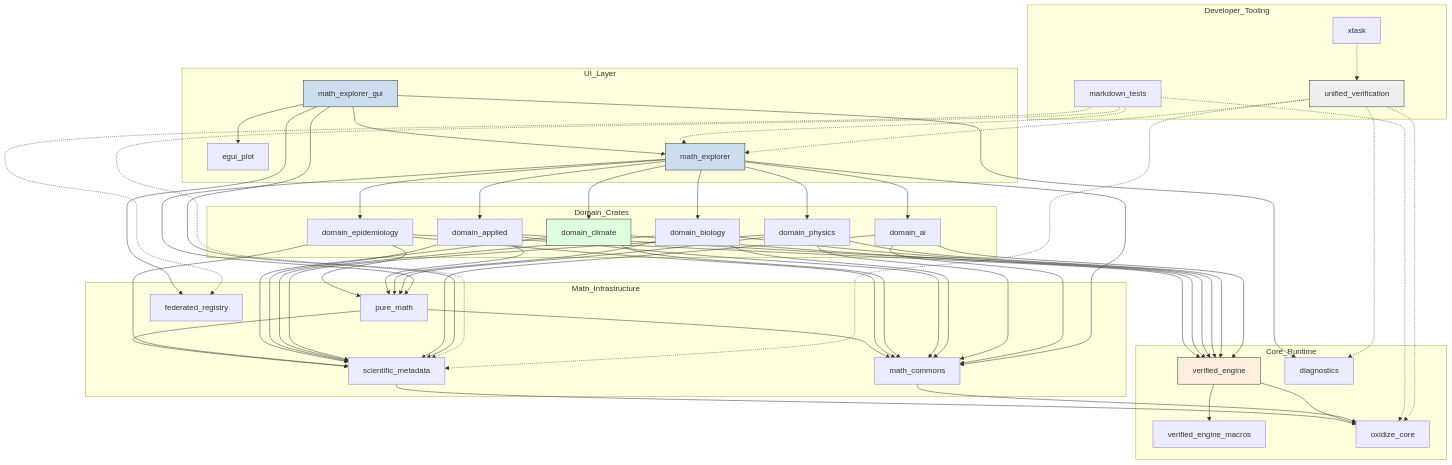
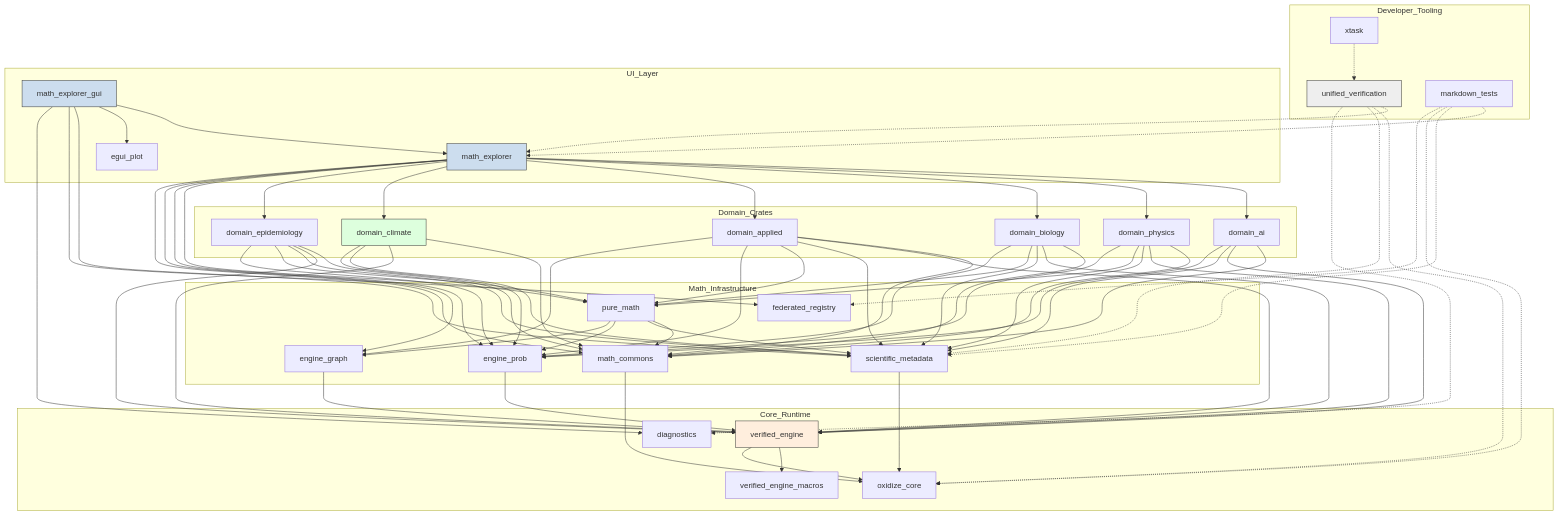
One commit to fderuiter/OxidizeMath changed the second of 2 diagrams in docs/architecture/system_overview.md. Above: the diagram before and after it, drawn with Mermaid. The commit also changed other lines of this file and 109 other files, not shown here.

Commit message:
feat(prob,graph): add #![no_std] engine_prob and engine_graph crates and probability workbench

````diff
--- a/docs/architecture/system_overview.md
+++ b/docs/architecture/system_overview.md
@@ -46,65 +46,69 @@
 ```mermaid
 graph TD
     subgraph Developer_Tooling
         Xtask[xtask]
         Verify[unified_verification]
         MdTests[markdown_tests]
     end
 
     subgraph UI_Layer
         GUI[math_explorer_gui]
         Plot[egui_plot]
         Explorer[math_explorer]
     end
 
     subgraph Domain_Crates
         AI[domain_ai]
         Phys[domain_physics]
         Bio[domain_biology]
         App[domain_applied]
         Clim[domain_climate]
         Epi[domain_epidemiology]
     end
 
     subgraph Math_Infrastructure
         Pure[pure_math]
+        Prob[engine_prob]
+        Graph[engine_graph]
         Commons[math_commons]
         Meta[scientific_metadata]
         Registry[federated_registry]
     end
 
     subgraph Core_Runtime
         Engine[verified_engine]
         Macros[verified_engine_macros]
         CoreCrate[oxidize_core]
         Diag[diagnostics]
     end
 
     Xtask -.-> Verify
     Verify -.-> Explorer & CoreCrate & Meta & Diag
     MdTests -.-> Explorer & Meta & CoreCrate & Registry
 
     GUI --> Explorer
     GUI --> Plot
     GUI --> Meta & Registry & Diag
     Explorer --> AI & Phys & Bio & App & Clim & Epi
-    Explorer --> Pure & Commons
+    Explorer --> Pure & Prob & Graph & Commons
 
-    AI --> Commons & Engine & Meta
-    Phys --> Commons & Engine & Meta & Pure
-    Bio --> Commons & Engine & Meta & Pure
-    App --> Commons & Engine & Meta & Pure
-    Clim --> Commons & Engine & Meta
-    Epi --> Commons & Engine & Meta & Pure
+    AI --> Commons & Engine & Meta & Prob
+    Phys --> Commons & Engine & Meta & Pure & Prob
+    Bio --> Commons & Engine & Meta & Pure & Prob
+    App --> Commons & Engine & Meta & Pure & Prob & Graph
+    Clim --> Commons & Engine & Meta & Prob
+    Epi --> Commons & Engine & Meta & Pure & Prob
 
-    Pure --> Commons & Meta
+    Pure --> Commons & Meta & Prob & Graph
+    Prob --> Engine
+    Graph --> Engine
     Commons --> CoreCrate
     Engine --> Macros & CoreCrate
     Meta --> CoreCrate
 
     style GUI fill:#cde,stroke:#333
     style Explorer fill:#cde,stroke:#333
     style Engine fill:#fed,stroke:#333
     style Clim fill:#dfd,stroke:#333
     style Verify fill:#eee,stroke:#333
 ```
````
